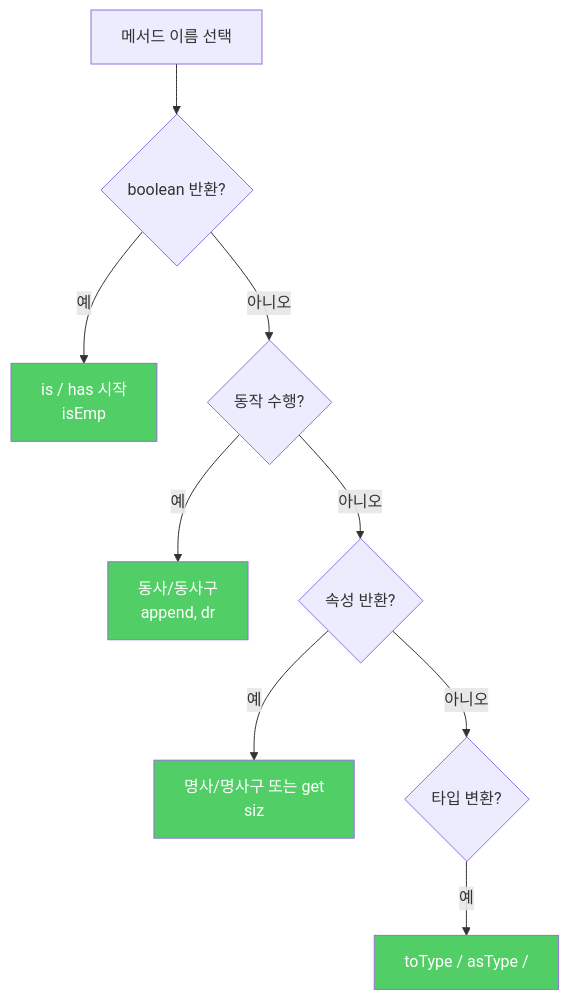
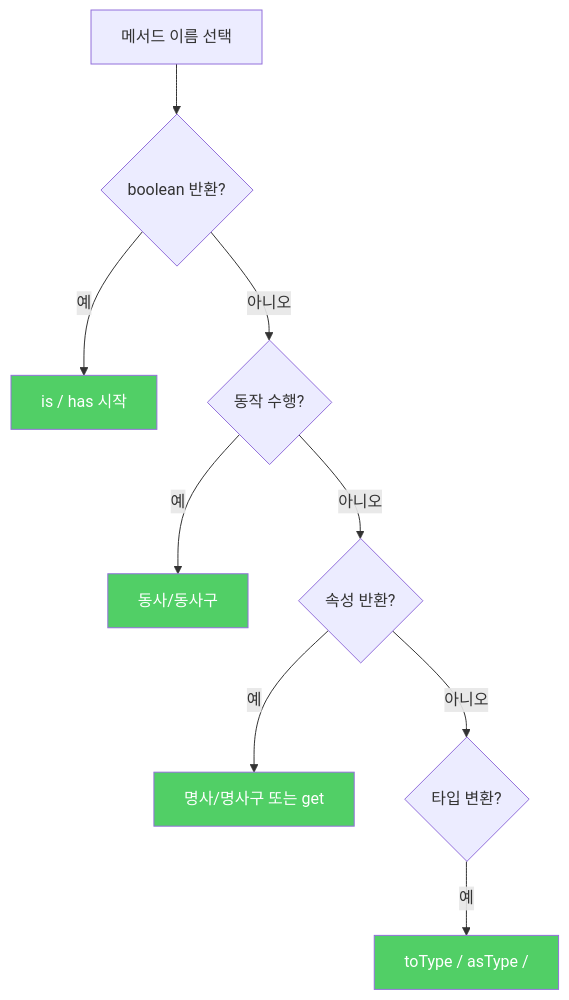
Before and after one commit to yjkim2015/yjkim2015.github.io: the diagram in _posts/java/2022-02-13-effective-java68.md, drawn with Mermaid. The commit also changed 217 other files, not shown here.

First line of the commit message:
Mermaid 크기 수정: useMaxWidth:true + SVG max-width:100% + 라벨 축소

````diff
--- a/_posts/java/2022-02-13-effective-java68.md
+++ b/_posts/java/2022-02-13-effective-java68.md
@@ -87,15 +87,15 @@
 ```mermaid
 graph TD
     A["메서드 이름 선택"] --> B{"boolean 반환?"}
-    B -- 예 --> C["is / has 시작\nisEmp"]
+    B -- 예 --> C["is / has 시작"]
     B -- 아니오 --> D{"동작 수행?"}
-    D -- 예 --> E["동사/동사구\nappend, dr"]
+    D -- 예 --> E["동사/동사구"]
     D -- 아니오 --> F{"속성 반환?"}
-    F -- 예 --> G["명사/명사구 또는 get\nsiz"]
+    F -- 예 --> G["명사/명사구 또는 get"]
     F -- 아니오 --> H{"타입 변환?"}
     H -- 예 --> I["toType / asType /"]
     style C fill:#51cf66,color:#fff
     style E fill:#51cf66,color:#fff
     style G fill:#51cf66,color:#fff
     style I fill:#51cf66,color:#fff
 ```
````
